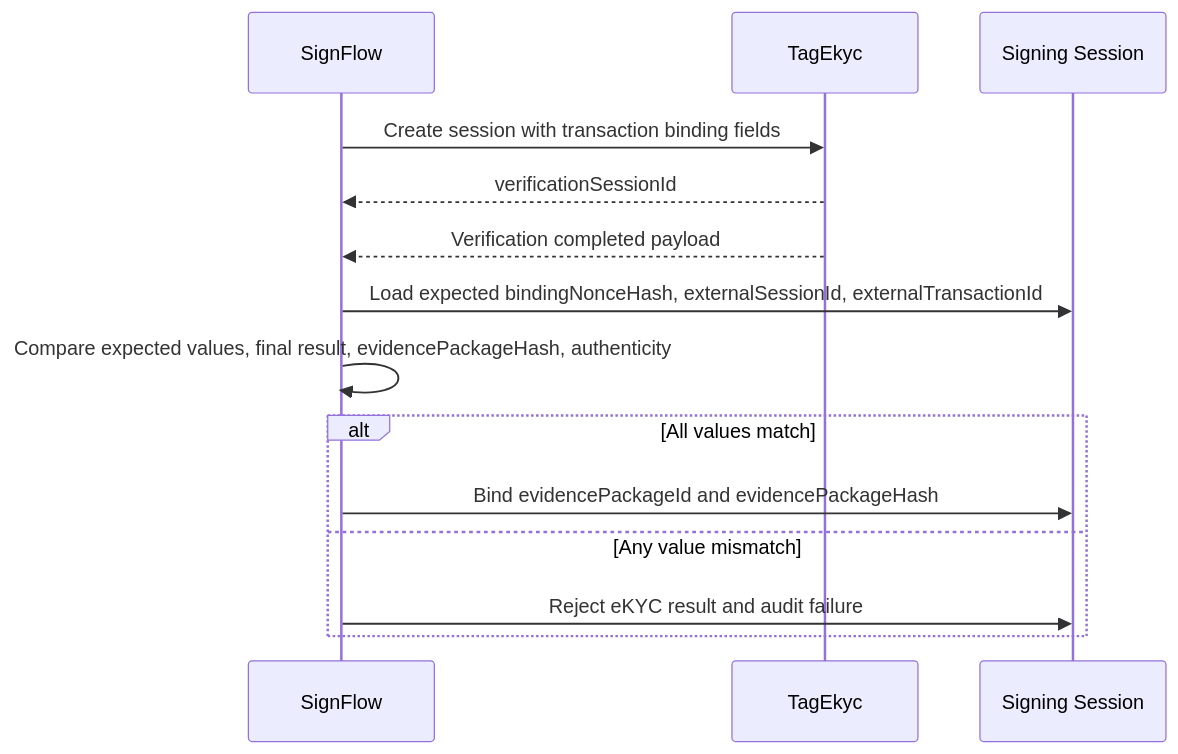
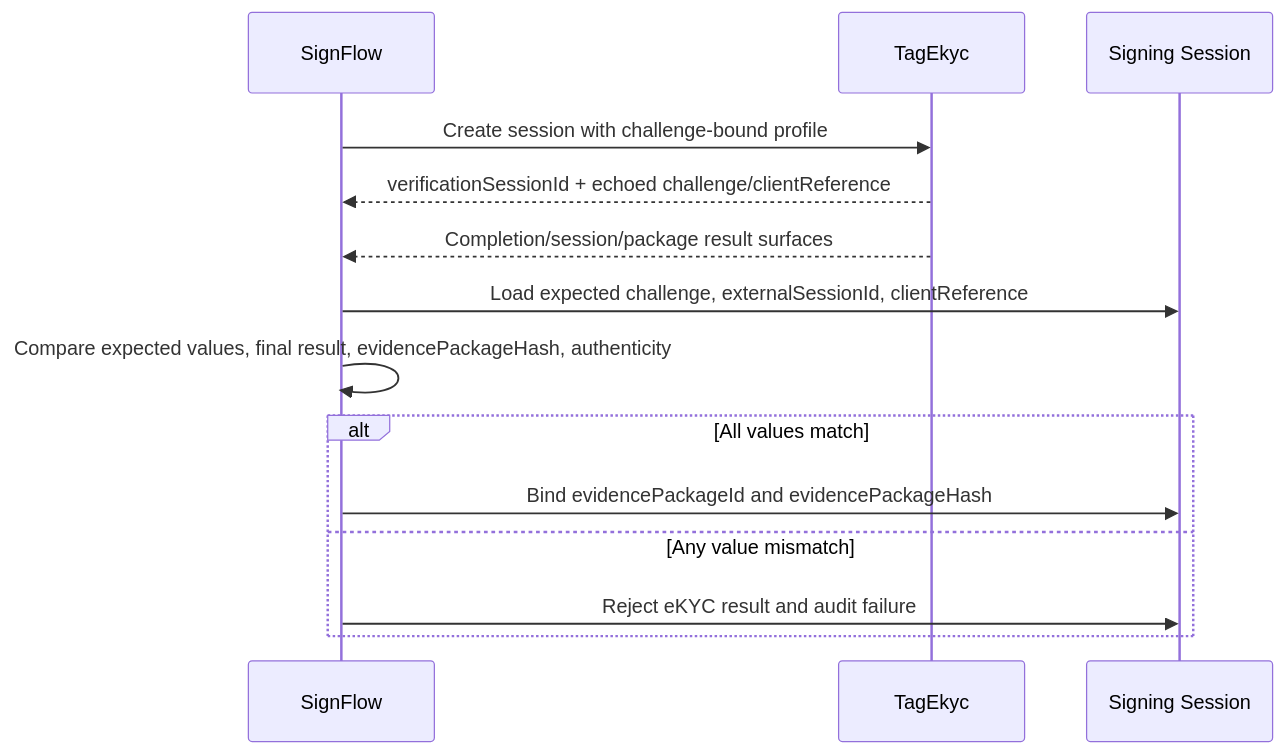
The diagram in docs/signflow_integration_contract_v0_1.md (hiephm3a/TagEkyc), drawn with Mermaid before and after one commit. The commit also changed other lines of this file and 33 other files, not shown here.

Commit message:
refactor: TIP-67A eKYC neutrality (opaque-challenge profile) + carried TIP-66 signedAt microsecond fix

````diff
--- a/docs/signflow_integration_contract_v0_1.md
+++ b/docs/signflow_integration_contract_v0_1.md
@@ -133,17 +98,17 @@
 ```mermaid
 sequenceDiagram
     participant SF as SignFlow
     participant TE as TagEkyc
     participant SS as Signing Session
 
-    SF->>TE: Create session with transaction binding fields
-    TE-->>SF: verificationSessionId
-    TE-->>SF: Verification completed payload
-    SF->>SS: Load expected bindingNonceHash, externalSessionId, externalTransactionId
+    SF->>TE: Create session with challenge-bound profile
+    TE-->>SF: verificationSessionId + echoed challenge/clientReference
+    TE-->>SF: Completion/session/package result surfaces
+    SF->>SS: Load expected challenge, externalSessionId, clientReference
     SF->>SF: Compare expected values, final result, evidencePackageHash, authenticity
     alt All values match
         SF->>SS: Bind evidencePackageId and evidencePackageHash
     else Any value mismatch
         SF->>SS: Reject eKYC result and audit failure
     end
 ```
````
